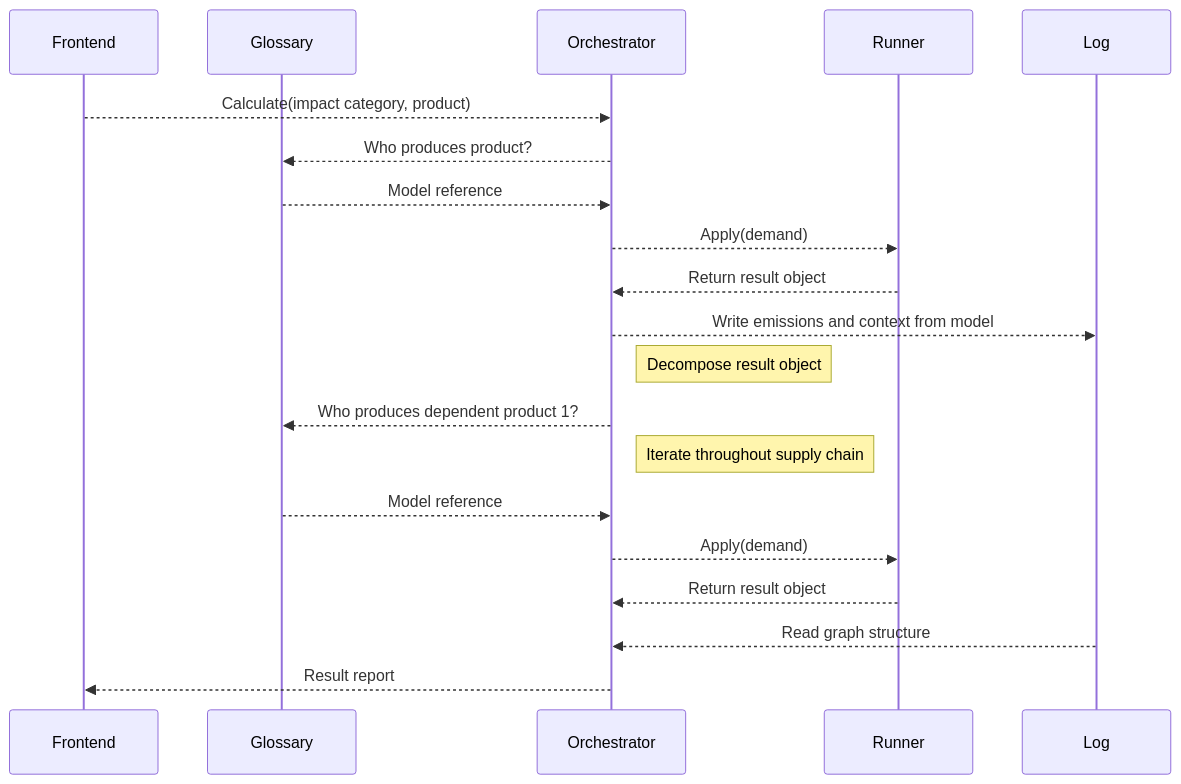
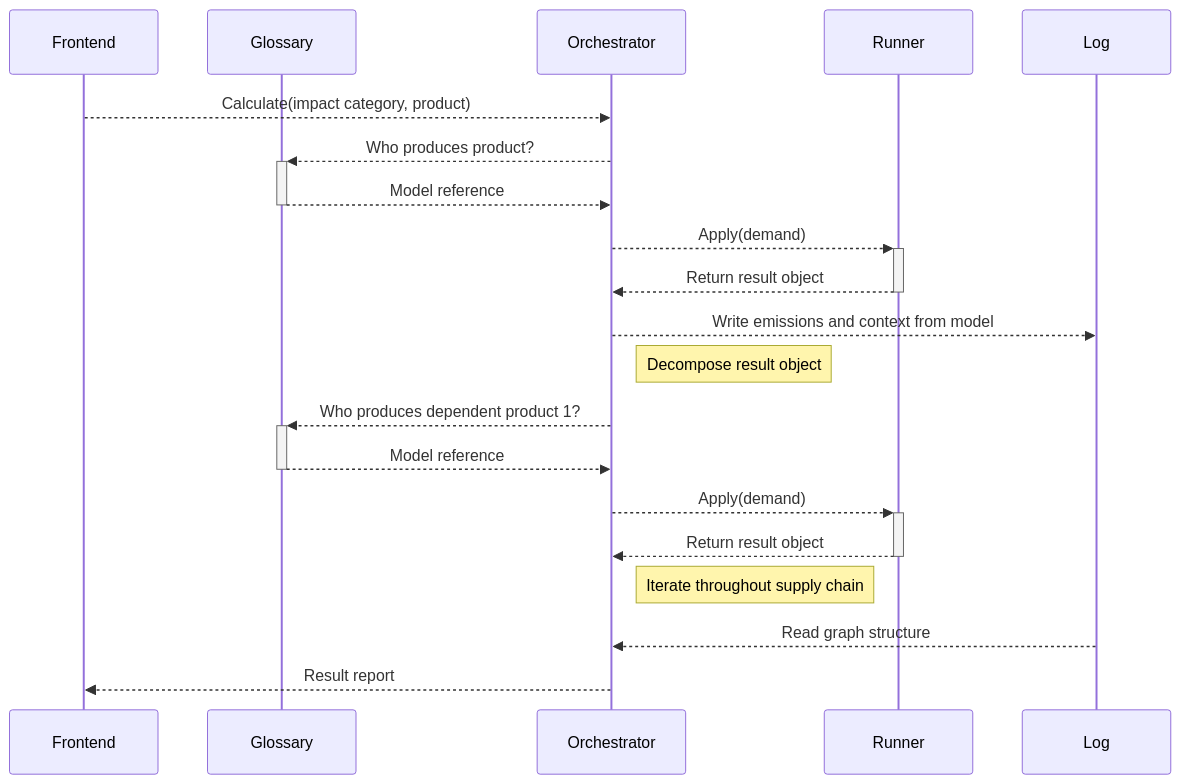
One commit to sentier-dev/sentier.dev changed the second of 3 diagrams in Sequence diagrams/README.md. Above: the diagram before and after it, drawn with Mermaid. The commit also changed other lines of this file, not shown here.

````diff
--- a/Sequence diagrams/README.md
+++ b/Sequence diagrams/README.md
@@ -15,22 +15,22 @@
 ```mermaid
 sequenceDiagram
     participant Frontend
     participant Glossary
     participant Orchestrator
     participant Runner
     participant Log
     Frontend-->>Orchestrator: Calculate(impact category, product)
-    Orchestrator-->>Glossary: Who produces product?
-    Glossary-->>Orchestrator: Model reference
-    Orchestrator-->>Runner: Apply(demand)
-    Runner-->>Orchestrator: Return result object
+    Orchestrator-->>+Glossary: Who produces product?
+    Glossary-->>-Orchestrator: Model reference
+    Orchestrator-->>+Runner: Apply(demand)
+    Runner-->>-Orchestrator: Return result object
     Orchestrator-->>Log: Write emissions and context from model
     Note right of Orchestrator: Decompose result object
-    Orchestrator-->>Glossary: Who produces dependent product 1? 
+    Orchestrator-->>+Glossary: Who produces dependent product 1? 
+    Glossary-->>-Orchestrator: Model reference
+    Orchestrator-->>+Runner: Apply(demand)
+    Runner-->>-Orchestrator: Return result object
     Note right of Orchestrator: Iterate throughout supply chain
-    Glossary-->>Orchestrator: Model reference
-    Orchestrator-->>Runner: Apply(demand)
-    Runner-->>Orchestrator: Return result object
     Log-->>Orchestrator: Read graph structure
     Orchestrator-->>Frontend: Result report
 ```
````
